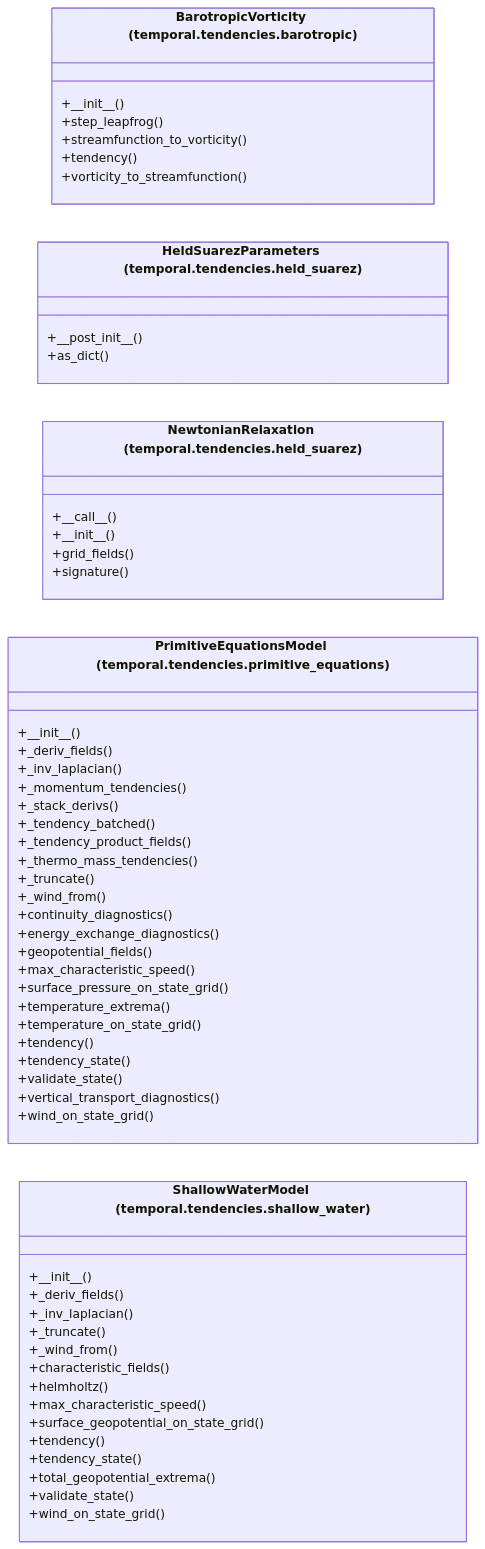
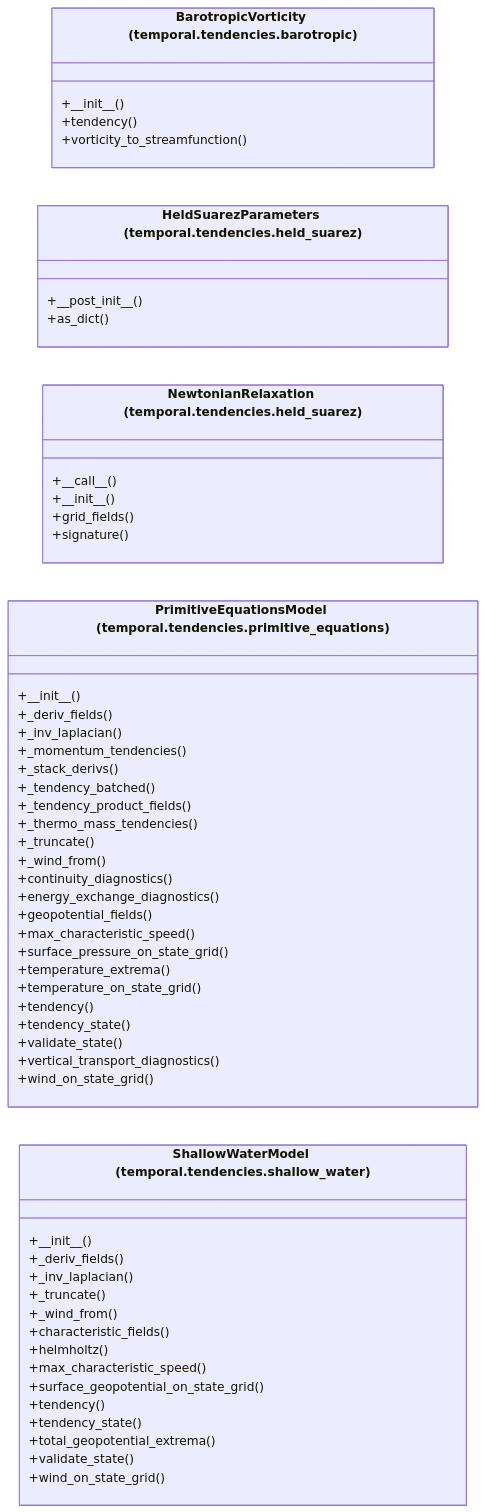
The diagram in docs/architecture/current/classes/tropoi.temporal.tendencies.mmd (AlexandreEros/Palintropos), drawn with Mermaid before and after one commit. The commit also changed 45 other files, not shown here.

```diff
--- a/docs/architecture/current/classes/tropoi.temporal.tendencies.mmd
+++ b/docs/architecture/current/classes/tropoi.temporal.tendencies.mmd
@@ -1,56 +1,54 @@
 %% Generated by tools.architecture 1.0.0. Do not edit by hand.
 %% All classes defined in package tropoi.temporal.tendencies.
 classDiagram
     direction LR
     class c_tropoi_otemporal_otendencies_obarotropic_oBarotropicVorticity["BarotropicVorticity (temporal.tendencies.barotropic)"]
     c_tropoi_otemporal_otendencies_obarotropic_oBarotropicVorticity : +#95;#95;init#95;#95;()
-    c_tropoi_otemporal_otendencies_obarotropic_oBarotropicVorticity : +step#95;leapfrog()
-    c_tropoi_otemporal_otendencies_obarotropic_oBarotropicVorticity : +streamfunction#95;to#95;vorticity()
     c_tropoi_otemporal_otendencies_obarotropic_oBarotropicVorticity : +tendency()
     c_tropoi_otemporal_otendencies_obarotropic_oBarotropicVorticity : +vorticity#95;to#95;streamfunction()
     class c_tropoi_otemporal_otendencies_oheld__suarez_oHeldSuarezParameters["HeldSuarezParameters (temporal.tendencies.held_suarez)"]
     c_tropoi_otemporal_otendencies_oheld__suarez_oHeldSuarezParameters : +#95;#95;post#95;init#95;#95;()
     c_tropoi_otemporal_otendencies_oheld__suarez_oHeldSuarezParameters : +as#95;dict()
     class c_tropoi_otemporal_otendencies_oheld__suarez_oNewtonianRelaxation["NewtonianRelaxation (temporal.tendencies.held_suarez)"]
     c_tropoi_otemporal_otendencies_oheld__suarez_oNewtonianRelaxation : +#95;#95;call#95;#95;()
     c_tropoi_otemporal_otendencies_oheld__suarez_oNewtonianRelaxation : +#95;#95;init#95;#95;()
     c_tropoi_otemporal_otendencies_oheld__suarez_oNewtonianRelaxation : +grid#95;fields()
     c_tropoi_otemporal_otendencies_oheld__suarez_oNewtonianRelaxation : +signature()
     class c_tropoi_otemporal_otendencies_oprimitive__equations_oPrimitiveEquationsModel["PrimitiveEquationsModel (temporal.tendencies.primitive_equations)"]
     c_tropoi_otemporal_otendencies_oprimitive__equations_oPrimitiveEquationsModel : +#95;#95;init#95;#95;()
     c_tropoi_otemporal_otendencies_oprimitive__equations_oPrimitiveEquationsModel : +#95;deriv#95;fields()
     c_tropoi_otemporal_otendencies_oprimitive__equations_oPrimitiveEquationsModel : +#95;inv#95;laplacian()
     c_tropoi_otemporal_otendencies_oprimitive__equations_oPrimitiveEquationsModel : +#95;momentum#95;tendencies()
     c_tropoi_otemporal_otendencies_oprimitive__equations_oPrimitiveEquationsModel : +#95;stack#95;derivs()
     c_tropoi_otemporal_otendencies_oprimitive__equations_oPrimitiveEquationsModel : +#95;tendency#95;batched()
     c_tropoi_otemporal_otendencies_oprimitive__equations_oPrimitiveEquationsModel : +#95;tendency#95;product#95;fields()
     c_tropoi_otemporal_otendencies_oprimitive__equations_oPrimitiveEquationsModel : +#95;thermo#95;mass#95;tendencies()
     c_tropoi_otemporal_otendencies_oprimitive__equations_oPrimitiveEquationsModel : +#95;truncate()
     c_tropoi_otemporal_otendencies_oprimitive__equations_oPrimitiveEquationsModel : +#95;wind#95;from()
     c_tropoi_otemporal_otendencies_oprimitive__equations_oPrimitiveEquationsModel : +continuity#95;diagnostics()
     c_tropoi_otemporal_otendencies_oprimitive__equations_oPrimitiveEquationsModel : +energy#95;exchange#95;diagnostics()
     c_tropoi_otemporal_otendencies_oprimitive__equations_oPrimitiveEquationsModel : +geopotential#95;fields()
     c_tropoi_otemporal_otendencies_oprimitive__equations_oPrimitiveEquationsModel : +max#95;characteristic#95;speed()
     c_tropoi_otemporal_otendencies_oprimitive__equations_oPrimitiveEquationsModel : +surface#95;pressure#95;on#95;state#95;grid()
     c_tropoi_otemporal_otendencies_oprimitive__equations_oPrimitiveEquationsModel : +temperature#95;extrema()
     c_tropoi_otemporal_otendencies_oprimitive__equations_oPrimitiveEquationsModel : +temperature#95;on#95;state#95;grid()
     c_tropoi_otemporal_otendencies_oprimitive__equations_oPrimitiveEquationsModel : +tendency()
     c_tropoi_otemporal_otendencies_oprimitive__equations_oPrimitiveEquationsModel : +tendency#95;state()
     c_tropoi_otemporal_otendencies_oprimitive__equations_oPrimitiveEquationsModel : +validate#95;state()
     c_tropoi_otemporal_otendencies_oprimitive__equations_oPrimitiveEquationsModel : +vertical#95;transport#95;diagnostics()
     c_tropoi_otemporal_otendencies_oprimitive__equations_oPrimitiveEquationsModel : +wind#95;on#95;state#95;grid()
     class c_tropoi_otemporal_otendencies_oshallow__water_oShallowWaterModel["ShallowWaterModel (temporal.tendencies.shallow_water)"]
     c_tropoi_otemporal_otendencies_oshallow__water_oShallowWaterModel : +#95;#95;init#95;#95;()
     c_tropoi_otemporal_otendencies_oshallow__water_oShallowWaterModel : +#95;deriv#95;fields()
     c_tropoi_otemporal_otendencies_oshallow__water_oShallowWaterModel : +#95;inv#95;laplacian()
     c_tropoi_otemporal_otendencies_oshallow__water_oShallowWaterModel : +#95;truncate()
     c_tropoi_otemporal_otendencies_oshallow__water_oShallowWaterModel : +#95;wind#95;from()
     c_tropoi_otemporal_otendencies_oshallow__water_oShallowWaterModel : +characteristic#95;fields()
     c_tropoi_otemporal_otendencies_oshallow__water_oShallowWaterModel : +helmholtz()
     c_tropoi_otemporal_otendencies_oshallow__water_oShallowWaterModel : +max#95;characteristic#95;speed()
     c_tropoi_otemporal_otendencies_oshallow__water_oShallowWaterModel : +surface#95;geopotential#95;on#95;state#95;grid()
     c_tropoi_otemporal_otendencies_oshallow__water_oShallowWaterModel : +tendency()
     c_tropoi_otemporal_otendencies_oshallow__water_oShallowWaterModel : +tendency#95;state()
     c_tropoi_otemporal_otendencies_oshallow__water_oShallowWaterModel : +total#95;geopotential#95;extrema()
     c_tropoi_otemporal_otendencies_oshallow__water_oShallowWaterModel : +validate#95;state()
     c_tropoi_otemporal_otendencies_oshallow__water_oShallowWaterModel : +wind#95;on#95;state#95;grid()
```
